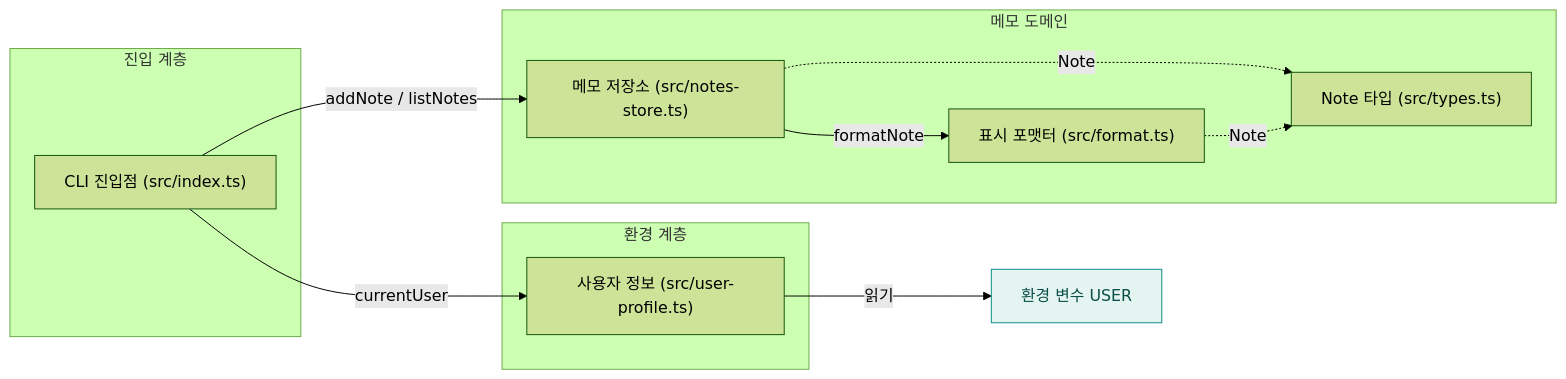
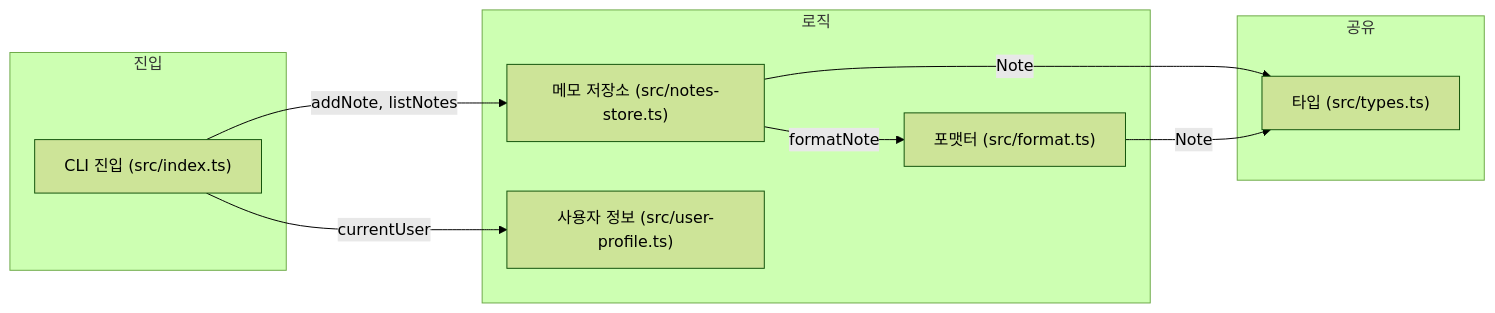
The third of 3 diagrams in examples/ts-notes-cli/docs/codemap/architecture.md (hxxnn/codemap), drawn with Mermaid (forest theme) before and after one commit. The commit also changed other lines of this file and 45 other files, not shown here.

````diff
--- a/examples/ts-notes-cli/docs/codemap/architecture.md
+++ b/examples/ts-notes-cli/docs/codemap/architecture.md
@@ -49,22 +47,19 @@
 ```mermaid
 flowchart LR
-  subgraph entryl["진입 계층"]
-    index["CLI 진입점 (src/index.ts)"]
+  subgraph entry["진입"]
+    idx["CLI 진입 (src/index.ts)"]
   end
-  subgraph domain["메모 도메인"]
+  subgraph logic["로직"]
     store["메모 저장소 (src/notes-store.ts)"]
-    fmt["표시 포맷터 (src/format.ts)"]
-    types["Note 타입 (src/types.ts)"]
+    prof["사용자 정보 (src/user-profile.ts)"]
+    fmt["포맷터 (src/format.ts)"]
   end
-  subgraph envl["환경 계층"]
-    prof["사용자 정보 (src/user-profile.ts)"]
+  subgraph shared["공유"]
+    types["타입 (src/types.ts)"]
   end
-  env["환경 변수 USER"]:::external
-  index -->|"addNote / listNotes"| store
-  index -->|"currentUser"| prof
+  idx -->|"addNote, listNotes"| store
+  idx -->|"currentUser"| prof
   store -->|"formatNote"| fmt
-  store -.->|"Note"| types
-  fmt -.->|"Note"| types
-  prof -->|"읽기"| env
-  classDef external fill:#E3F4F1,stroke:#0E8F83,color:#0B4F49
+  store -->|"Note"| types
+  fmt -->|"Note"| types
 ```
````
